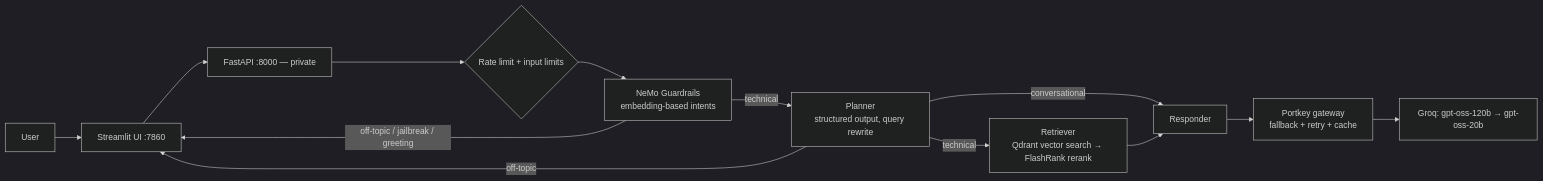
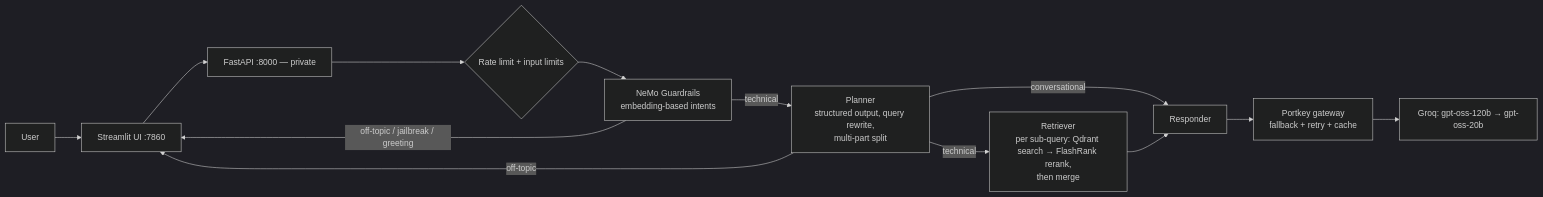
One commit to TaNuJaSaRaVale/enterprise_grade_rag_appliaction changed the diagram in README.md. Above: the diagram before and after it, drawn with Mermaid (dark theme). The commit also changed other lines of this file and 38 other files, not shown here.

First line of the commit message:
Size-bounded chunker, v2 re-ingest, query decomposition for multi-part questions, per-folder READMEs

````diff
--- a/README.md
+++ b/README.md
@@ -34,15 +36,15 @@
 ```mermaid
 flowchart LR
     U[User] --> UI[Streamlit UI :7860]
     UI --> API[FastAPI :8000 — private]
     API --> RL{Rate limit + input limits}
     RL --> G[NeMo Guardrails<br/>embedding-based intents]
     G -- off-topic / jailbreak / greeting --> UI
-    G -- technical --> P[Planner<br/>structured output, query rewrite]
+    G -- technical --> P[Planner<br/>structured output, query rewrite,<br/>multi-part split]
     P -- off-topic --> UI
     P -- conversational --> R[Responder]
-    P -- technical --> RET[Retriever<br/>Qdrant vector search → FlashRank rerank]
+    P -- technical --> RET[Retriever<br/>per sub-query: Qdrant search → FlashRank rerank,<br/>then merge]
     RET --> R
     R --> PK[Portkey gateway<br/>fallback + retry + cache]
     PK --> GROQ[Groq: gpt-oss-120b → gpt-oss-20b]
 ```
````
